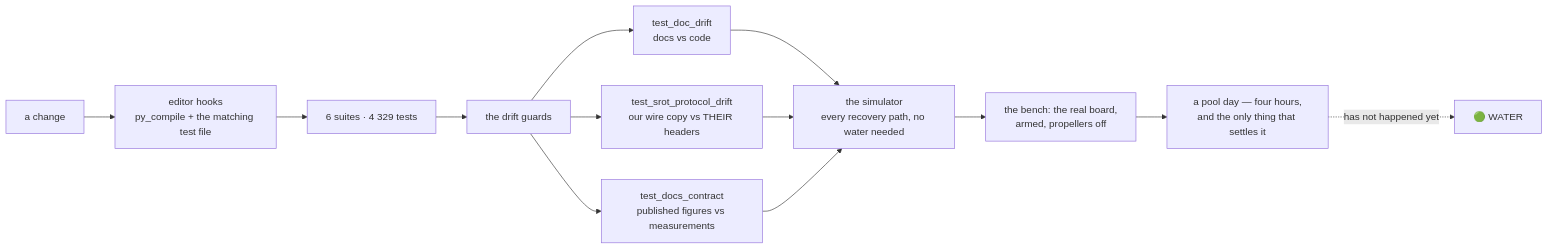
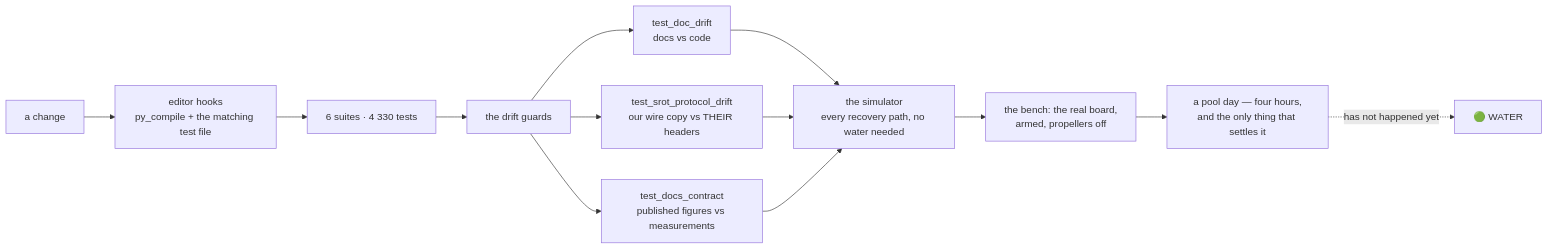
One commit to fh1m/mongla_ws changed the ninth of 10 diagrams in README.md. Above: the diagram before and after it, drawn with Mermaid. The commit also changed other lines of this file and 4 other files, not shown here.

````diff
--- a/README.md
+++ b/README.md
@@ -752,15 +752,15 @@
 ```mermaid
 flowchart LR
     DEV["a change"] --> HOOK["editor hooks<br/>py_compile + the matching test file"]
-    HOOK --> UNIT["6 suites · 4 329 tests"]
+    HOOK --> UNIT["6 suites · 4 330 tests"]
     UNIT --> GUARD["the drift guards"]
     GUARD --> G1["test_doc_drift<br/>docs vs code"]
     GUARD --> G2["test_srot_protocol_drift<br/>our wire copy vs THEIR headers"]
     GUARD --> G3["test_docs_contract<br/>published figures vs measurements"]
     G1 --> SIM["the simulator<br/>every recovery path, no water needed"]
     G2 --> SIM
     G3 --> SIM
     SIM --> BENCH["the bench: the real board,<br/>armed, propellers off"]
     BENCH --> POOL["a pool day — four hours,<br/>and the only thing that settles it"]
     POOL -.->|"has not happened yet"| WATER["🟢 WATER"]
 ```
````
